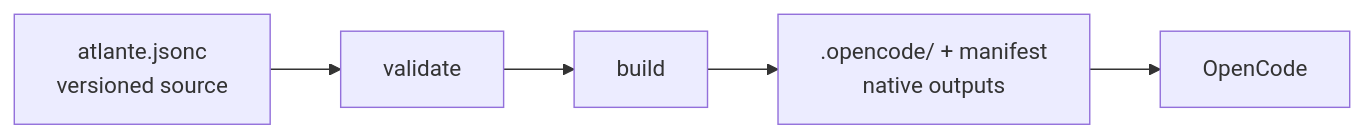
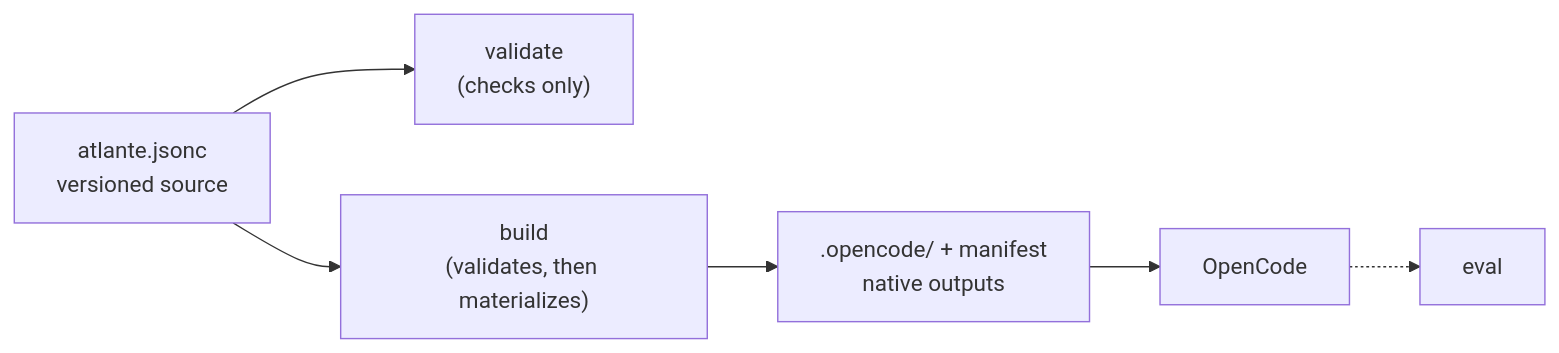
Before and after one commit to atlante/atlante: the diagram in README.md, drawn with Mermaid. The commit also changed other lines of this file and 5 other files, not shown here.

````diff
--- a/README.md
+++ b/README.md
@@ -42,7 +69,8 @@
 ```mermaid
 flowchart LR
-  source["atlante.jsonc<br/>versioned source"] --> validate["validate"]
-  validate --> build["build"]
+  source["atlante.jsonc<br/>versioned source"] --> validate["validate<br/>(checks only)"]
+  source --> build["build<br/>(validates, then materializes)"]
   build --> native[".opencode/ + manifest<br/>native outputs"]
   native --> host["OpenCode"]
+  host -.-> eval["eval"]
 ```
````
